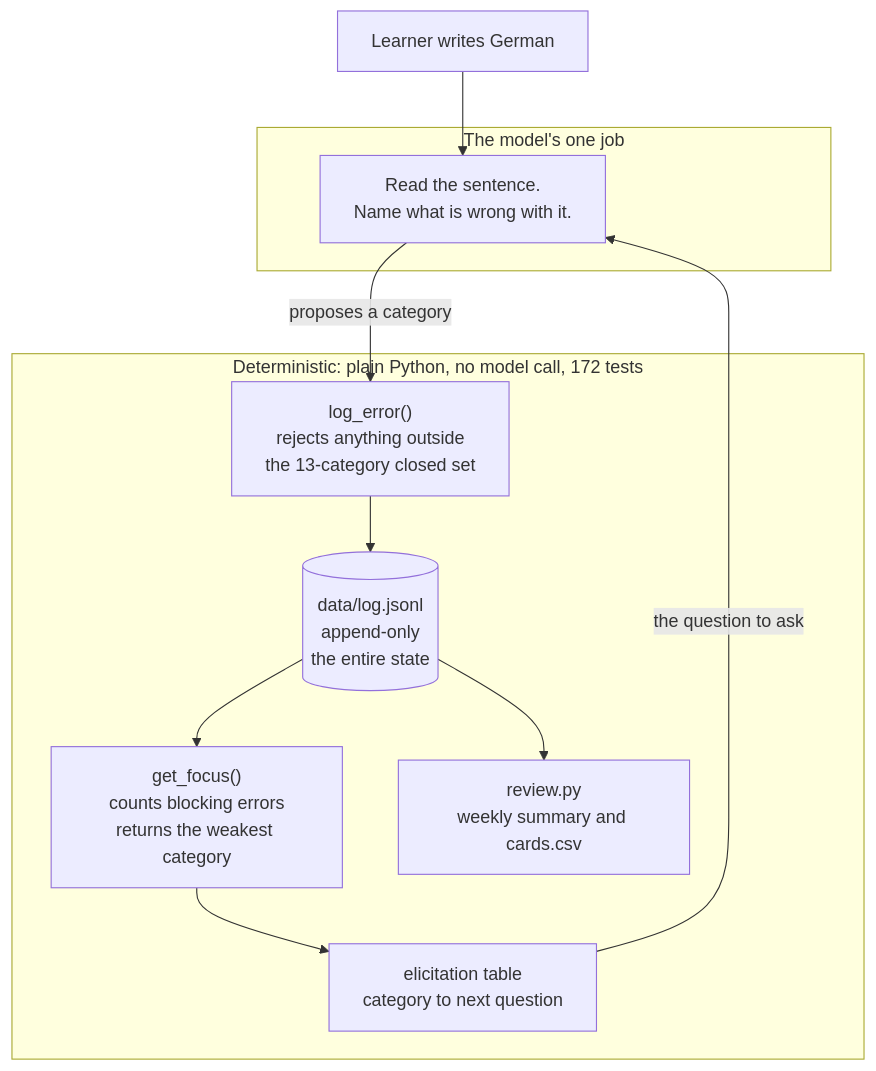
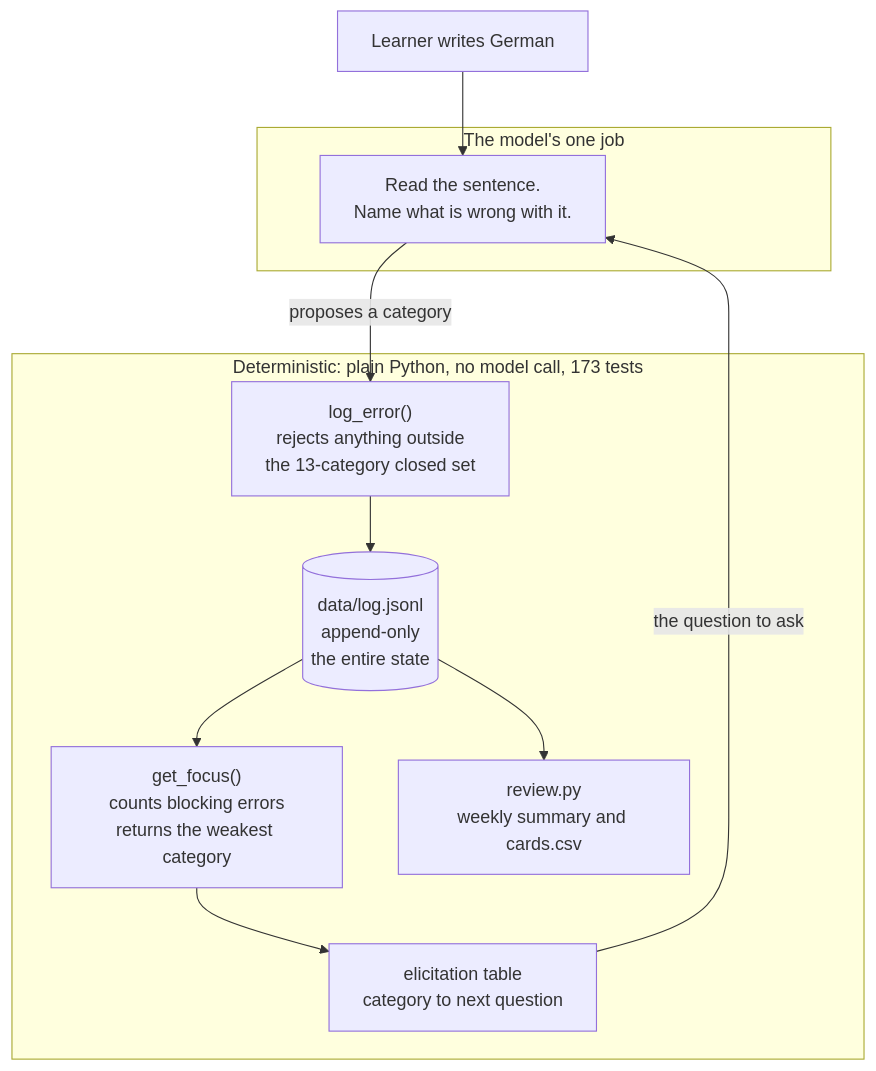
The diagram in README.md (ampaduchris/german-b1-tutor), drawn with Mermaid before and after one commit. The commit also changed other lines of this file and 2 other files, not shown here.

````diff
--- a/README.md
+++ b/README.md
@@ -30,22 +30,22 @@
 ```mermaid
 flowchart TD
     subgraph MODEL["The model's one job"]
         M["Read the sentence.<br/>Name what is wrong with it."]
     end
 
-    subgraph DET["Deterministic: plain Python, no model call, 172 tests"]
+    subgraph DET["Deterministic: plain Python, no model call, 173 tests"]
         V["log_error()<br/>rejects anything outside<br/>the 13-category closed set"]
         LOG[("data/log.jsonl<br/>append-only<br/>the entire state")]
         F["get_focus()<br/>counts blocking errors<br/>returns the weakest category"]
         T["elicitation table<br/>category to next question"]
         R["review.py<br/>weekly summary and cards.csv"]
     end
 
     L["Learner writes German"] --> M
     M -->|proposes a category| V
     V --> LOG
     LOG --> F
     F --> T
     LOG --> R
     T -->|the question to ask| M
 ```
````
